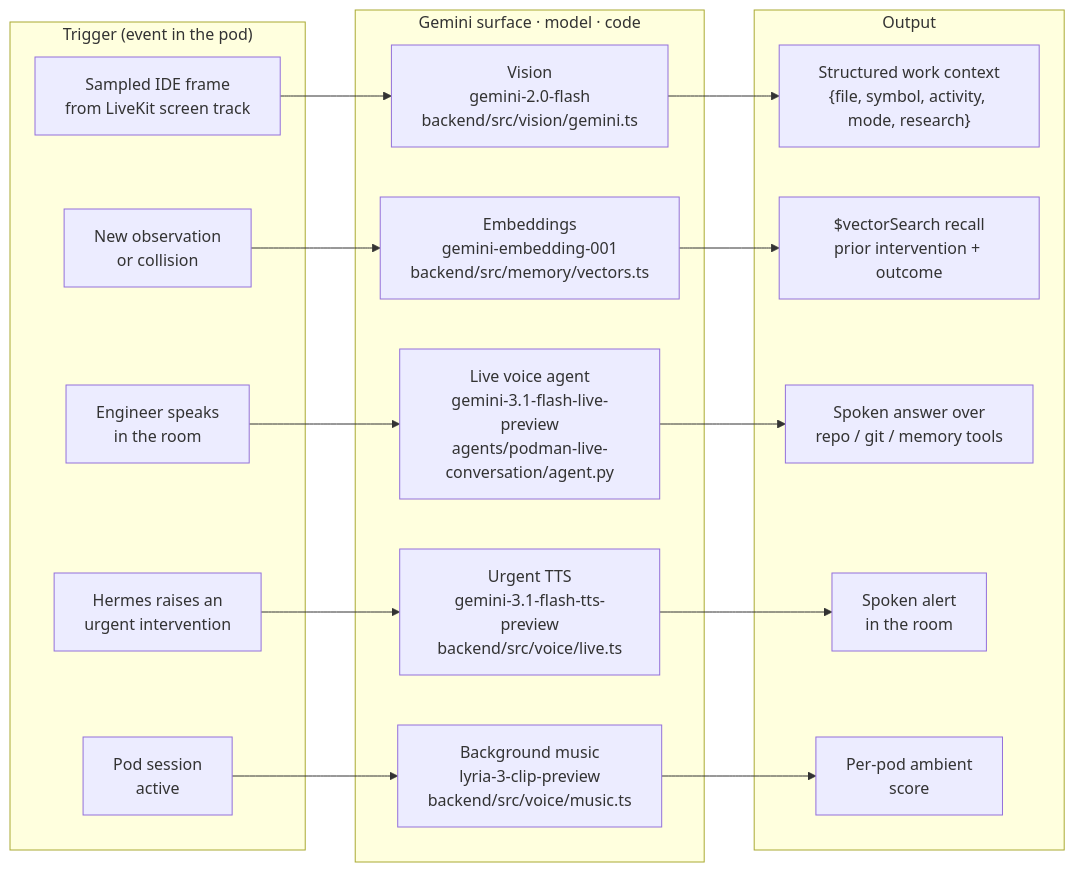
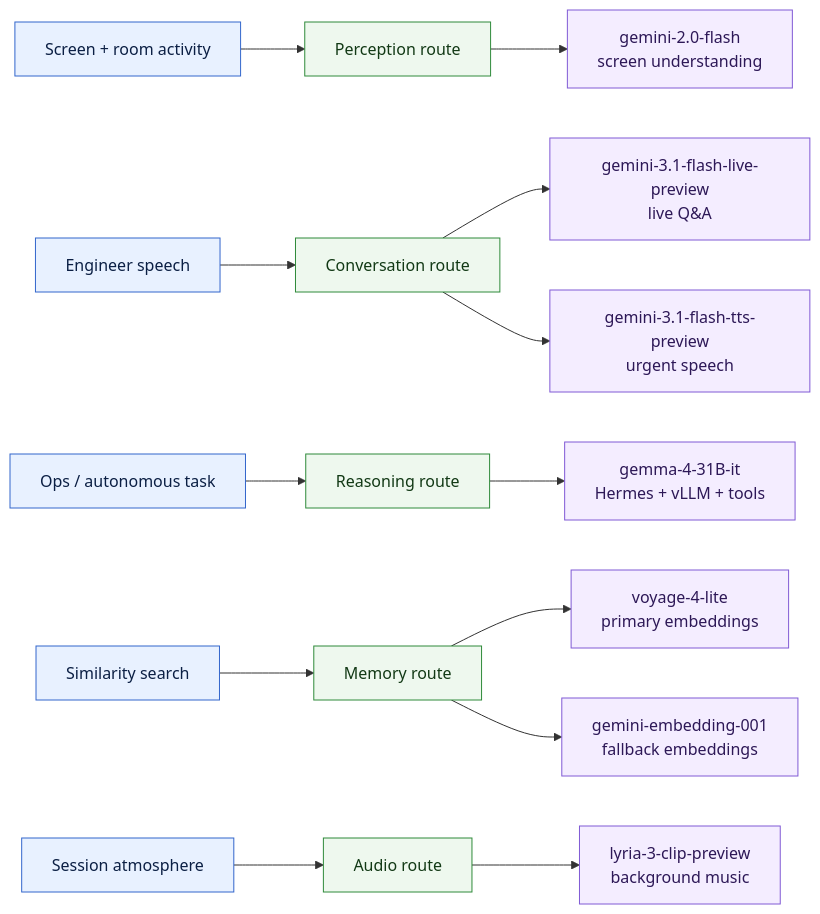
One commit to karti-ai/podman changed the third of 6 diagrams in README.md. Above: the diagram before and after it, drawn with Mermaid. The commit also changed other lines of this file and 23 other files, not shown here.

````diff
--- a/README.md
+++ b/README.md
@@ -137,32 +130,23 @@
 ```mermaid
 flowchart LR
-  subgraph Triggers["Trigger (event in the pod)"]
-    Frame["Sampled IDE frame<br/>from LiveKit screen track"]
-    NewEvent["New observation<br/>or collision"]
-    Talk["Engineer speaks<br/>in the room"]
-    Urgent["Hermes raises an<br/>urgent intervention"]
-    Session["Pod session<br/>active"]
-  end
+  Work["Screen + room activity"] --> VisionRoute["Perception route"]
+  VoiceInput["Engineer speech"] --> ConversationRoute["Conversation route"]
+  OpsNeed["Ops / autonomous task"] --> HermesRoute["Reasoning route"]
+  MemoryNeed["Similarity search"] --> EmbedRoute["Memory route"]
+  Ambient["Session atmosphere"] --> MusicRoute["Audio route"]
 
-  subgraph G["Gemini surface · model · code"]
-    Vision["Vision<br/>gemini-2.0-flash<br/>backend/src/vision/gemini.ts"]
-    Embed["Embeddings<br/>gemini-embedding-001<br/>backend/src/memory/vectors.ts"]
-    Live["Live voice agent<br/>gemini-3.1-flash-live-preview<br/>agents/podman-live-conversation/agent.py"]
-    TTS["Urgent TTS<br/>gemini-3.1-flash-tts-preview<br/>backend/src/voice/live.ts"]
-    Lyria["Background music<br/>lyria-3-clip-preview<br/>backend/src/voice/music.ts"]
-  end
+  VisionRoute --> Gemini20["gemini-2.0-flash<br/>screen understanding"]
+  ConversationRoute --> GeminiLive["gemini-3.1-flash-live-preview<br/>live Q&A"]
+  ConversationRoute --> GeminiTTS["gemini-3.1-flash-tts-preview<br/>urgent speech"]
+  HermesRoute --> Gemma["gemma-4-31B-it<br/>Hermes + vLLM + tools"]
+  EmbedRoute --> Voyage["voyage-4-lite<br/>primary embeddings"]
+  EmbedRoute --> GeminiEmbed["gemini-embedding-001<br/>fallback embeddings"]
+  MusicRoute --> Lyria["lyria-3-clip-preview<br/>background music"]
 
-  subgraph Out["Output"]
-    Ctx["Structured work context<br/>{file, symbol, activity, mode, research}"]
-    Recall["$vectorSearch recall<br/>prior intervention + outcome"]
-    Answer["Spoken answer over<br/>repo / git / memory tools"]
-    Voice["Spoken alert<br/>in the room"]
-    Score["Per-pod ambient<br/>score"]
-  end
-
-  Frame --> Vision --> Ctx
-  NewEvent --> Embed --> Recall
-  Talk --> Live --> Answer
-  Urgent --> TTS --> Voice
-  Session --> Lyria --> Score
+  classDef signal fill:#e8f1ff,stroke:#3366cc,color:#0b1f44;
+  classDef route fill:#eef8ee,stroke:#2f8a3a,color:#123915;
+  classDef model fill:#f4edff,stroke:#805ad5,color:#2d1857;
+  class Work,VoiceInput,OpsNeed,MemoryNeed,Ambient signal;
+  class VisionRoute,ConversationRoute,HermesRoute,EmbedRoute,MusicRoute route;
+  class Gemini20,GeminiLive,GeminiTTS,Gemma,Voyage,GeminiEmbed,Lyria model;
 ```
````
